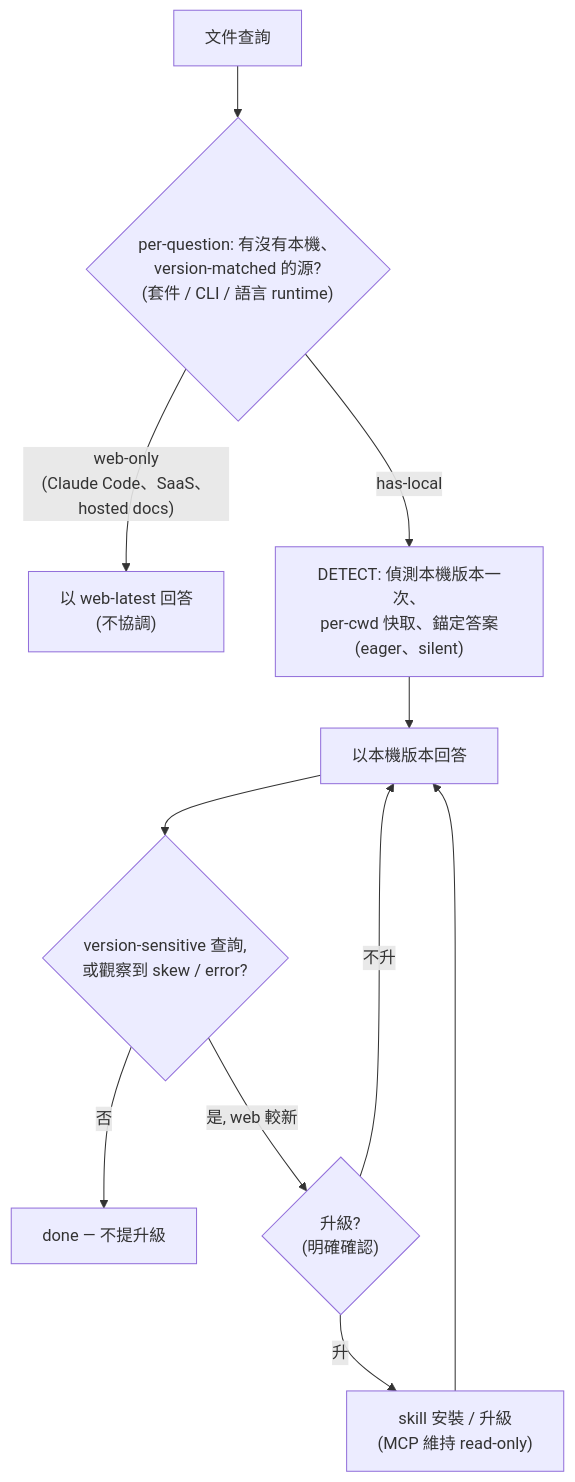
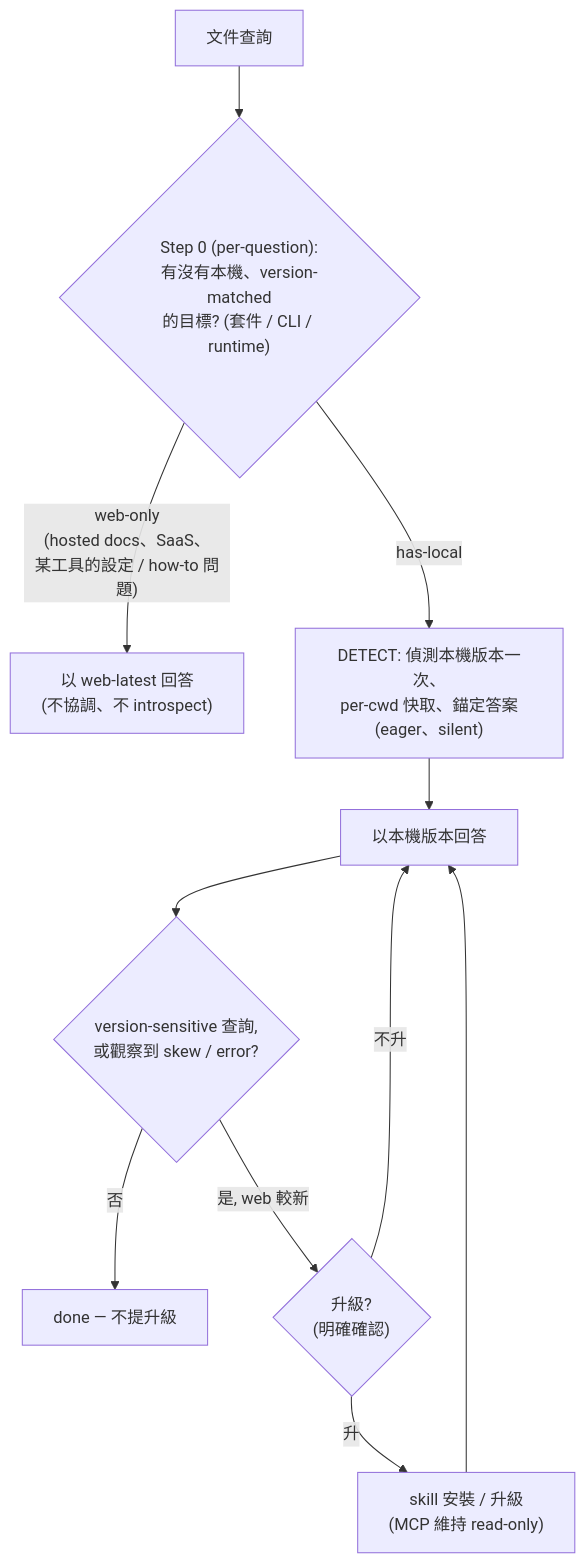
Before and after one commit to PsychQuant/livedocs: the diagram in docs/wiki/Version-Reconciliation-zh-TW.md, drawn with Mermaid. The commit also changed other lines of this file and 1 other file, not shown here.

First line of the commit message:
docs(wiki): lead Version Reconciliation with the web-only vs has-local fork

````diff
--- a/docs/wiki/Version-Reconciliation-zh-TW.md
+++ b/docs/wiki/Version-Reconciliation-zh-TW.md
@@ -14,13 +25,13 @@
 ```mermaid
 flowchart TD
-    Q["文件查詢"] --> C{"per-question: 有沒有本機、<br/>version-matched 的源?<br/>(套件 / CLI / 語言 runtime)"}
-    C -->|"web-only<br/>(Claude Code、SaaS、hosted docs)"| W["以 web-latest 回答<br/>(不協調)"]
+    Q["文件查詢"] --> C{"Step 0 (per-question):<br/>有沒有本機、version-matched<br/>的目標? (套件 / CLI / runtime)"}
+    C -->|"web-only<br/>(hosted docs、SaaS、<br/>某工具的設定 / how-to 問題)"| W["以 web-latest 回答<br/>(不協調、不 introspect)"]
     C -->|"has-local"| D["DETECT: 偵測本機版本一次、<br/>per-cwd 快取、錨定答案<br/>(eager、silent)"]
     D --> A["以本機版本回答"]
     A --> S{"version-sensitive 查詢,<br/>或觀察到 skew / error?"}
     S -->|"否"| DONE["done — 不提升級"]
     S -->|"是, web 較新"| U{"升級?<br/>(明確確認)"}
     U -->|"不升"| A
     U -->|"升"| INS["skill 安裝 / 升級<br/>(MCP 維持 read-only)"]
     INS --> A
 ```
````
